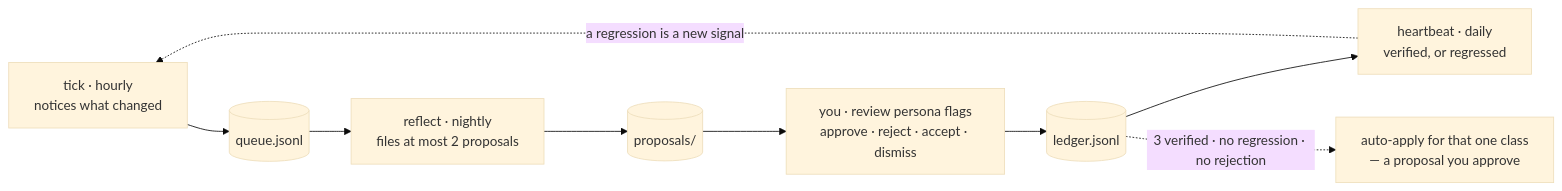
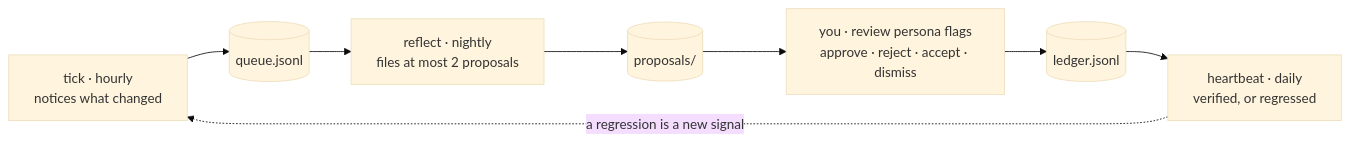
One commit to zzoretich/UniDeX-Agent-Harness changed the first of 2 diagrams in README.md. Above: the diagram before and after it, drawn with Mermaid (base theme). The commit also changed other lines of this file and 49 other files, not shown here.

````diff
--- a/README.md
+++ b/README.md
@@ -287,11 +287,10 @@
 ```mermaid
 flowchart LR
   T["tick · hourly<br/>notices what changed"] --> Q[("queue.jsonl")]
   Q --> R["reflect · nightly<br/>files at most 2 proposals"]
   R --> P[("proposals/")]
   P --> Y["you · review persona flags<br/>approve · reject · accept · dismiss"]
   Y --> L[("ledger.jsonl")]
   L --> W["heartbeat · daily<br/>verified, or regressed"]
   W -. "a regression is a new signal" .-> T
-  L -. "3 verified · no regression · no rejection" .-> A["auto-apply for that one class<br/>— a proposal you approve"]
 ```
````
